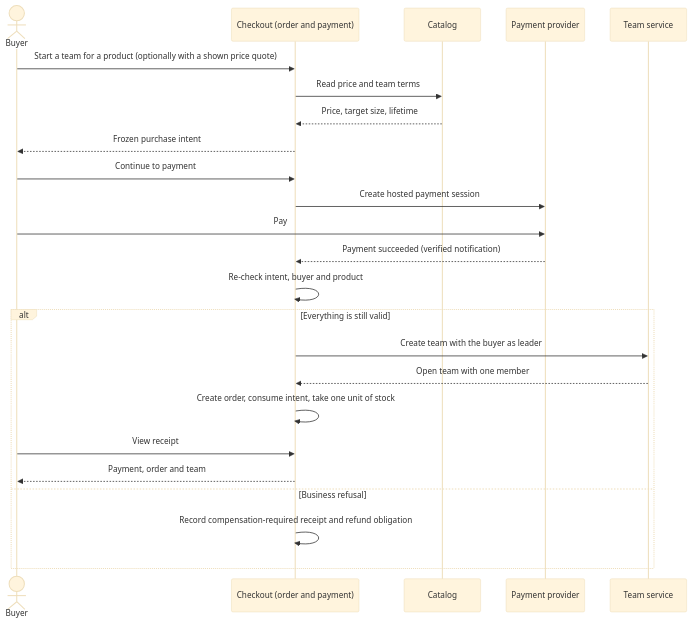
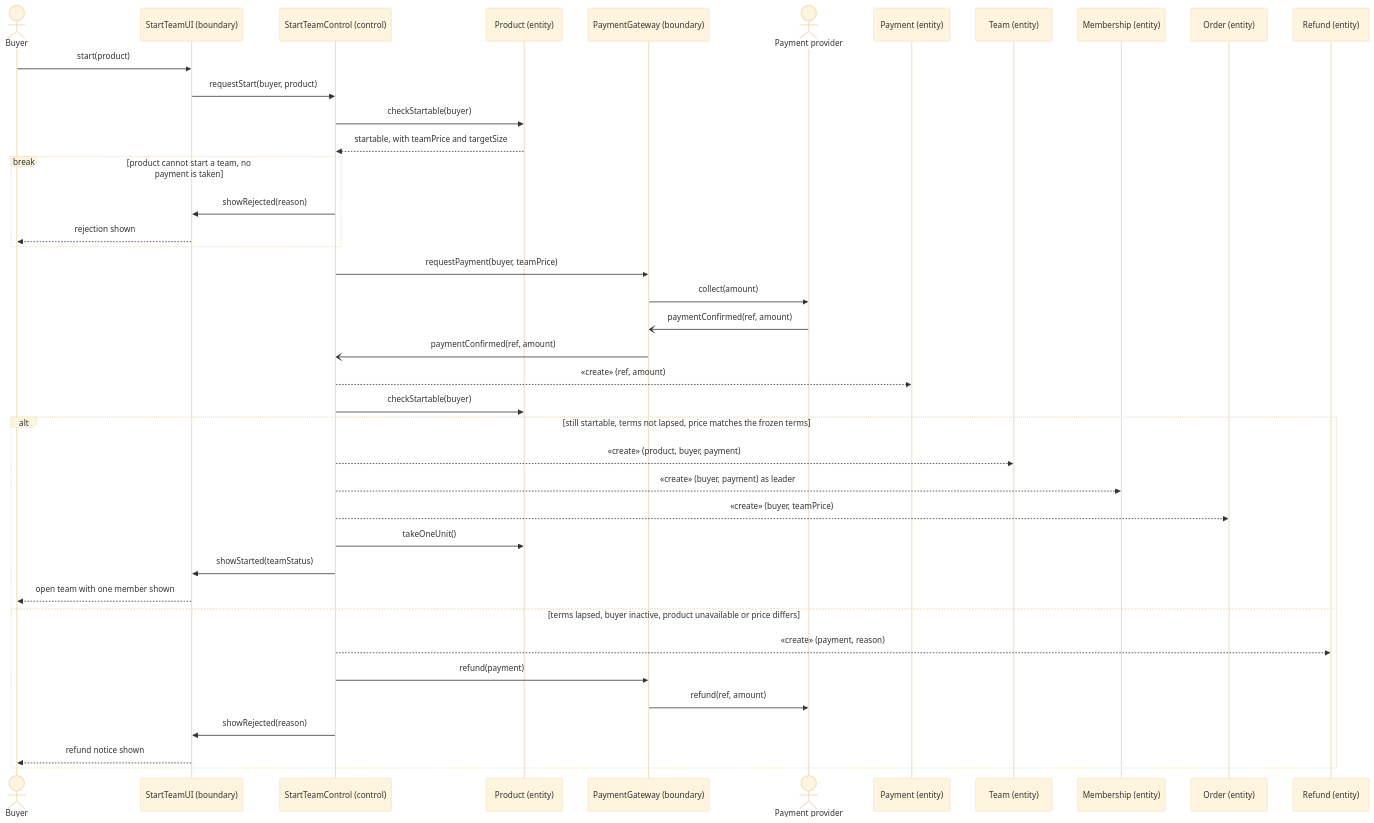
Before and after one commit to PPsyrius/iss-groupbuy-team8: the second of 11 diagrams in docs/swe5006/report-drafts/eric-wang-contribution.md, drawn with Mermaid (base theme). The commit also changed other lines of this file and 3 other files, not shown here.

````diff
--- a/docs/swe5006/report-drafts/eric-wang-contribution.md
+++ b/docs/swe5006/report-drafts/eric-wang-contribution.md
@@ -108,27 +136,43 @@
 ```mermaid
 sequenceDiagram
     actor Buyer
-    participant Checkout as Checkout (order and payment)
-    participant Catalog
-    participant Provider as Payment provider
-    participant Team as Team service
+    participant UI as StartTeamUI (boundary)
+    participant Ctl as StartTeamControl (control)
+    participant Prod as Product (entity)
+    participant PG as PaymentGateway (boundary)
+    actor Provider as Payment provider
+    participant Pay as Payment (entity)
+    participant Team as Team (entity)
+    participant Mem as Membership (entity)
+    participant Ord as Order (entity)
+    participant Ref as Refund (entity)
 
-    Buyer->>Checkout: Start a team for a product (optionally with a shown price quote)
-    Checkout->>Catalog: Read price and team terms
-    Catalog-->>Checkout: Price, target size, lifetime
-    Checkout-->>Buyer: Frozen purchase intent
-    Buyer->>Checkout: Continue to payment
-    Checkout->>Provider: Create hosted payment session
-    Buyer->>Provider: Pay
-    Provider-->>Checkout: Payment succeeded (verified notification)
-    Checkout->>Checkout: Re-check intent, buyer and product
-    alt Everything is still valid
-        Checkout->>Team: Create team with the buyer as leader
-        Team-->>Checkout: Open team with one member
-        Checkout->>Checkout: Create order, consume intent, take one unit of stock
-        Buyer->>Checkout: View receipt
-        Checkout-->>Buyer: Payment, order and team
-    else Business refusal
-        Checkout->>Checkout: Record compensation-required receipt and refund obligation
+    Buyer->>UI: start(product)
+    UI->>Ctl: requestStart(buyer, product)
+    Ctl->>Prod: checkStartable(buyer)
+    Prod-->>Ctl: startable, with teamPrice and targetSize
+    break product cannot start a team, no payment is taken
+        Ctl->>UI: showRejected(reason)
+        UI-->>Buyer: rejection shown
+    end
+    Ctl->>PG: requestPayment(buyer, teamPrice)
+    PG->>Provider: collect(amount)
+    Provider-)PG: paymentConfirmed(ref, amount)
+    PG-)Ctl: paymentConfirmed(ref, amount)
+    Ctl-->>Pay: «create» (ref, amount)
+    Ctl->>Prod: checkStartable(buyer)
+    alt still startable, terms not lapsed, price matches the frozen terms
+        Ctl-->>Team: «create» (product, buyer, payment)
+        Ctl-->>Mem: «create» (buyer, payment) as leader
+        Ctl-->>Ord: «create» (buyer, teamPrice)
+        Ctl->>Prod: takeOneUnit()
+        Ctl->>UI: showStarted(teamStatus)
+        UI-->>Buyer: open team with one member shown
+    else terms lapsed, buyer inactive, product unavailable or price differs
+        Ctl-->>Ref: «create» (payment, reason)
+        Ctl->>PG: refund(payment)
+        PG->>Provider: refund(ref, amount)
+        Ctl->>UI: showRejected(reason)
+        UI-->>Buyer: refund notice shown
     end
 ```
````
